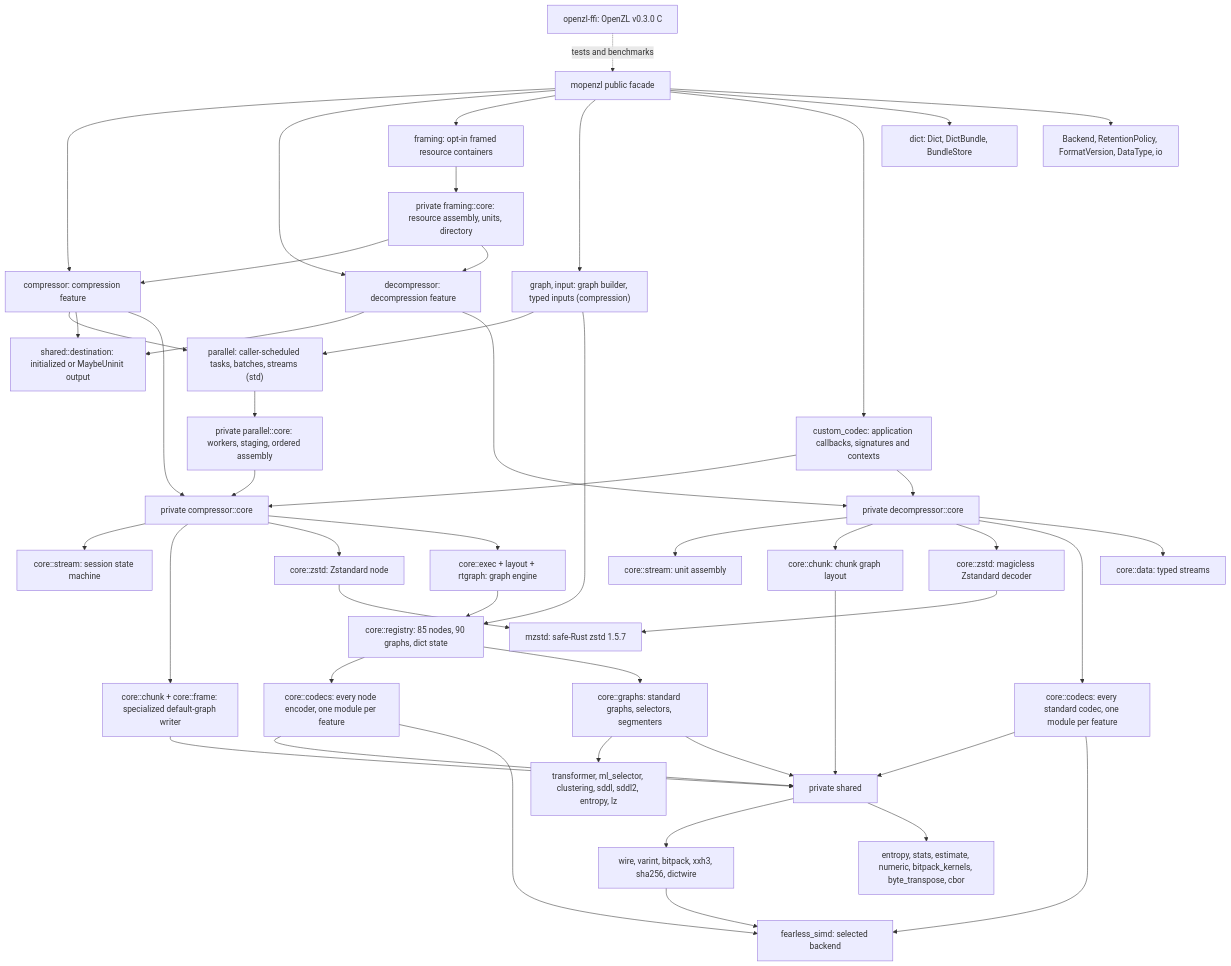
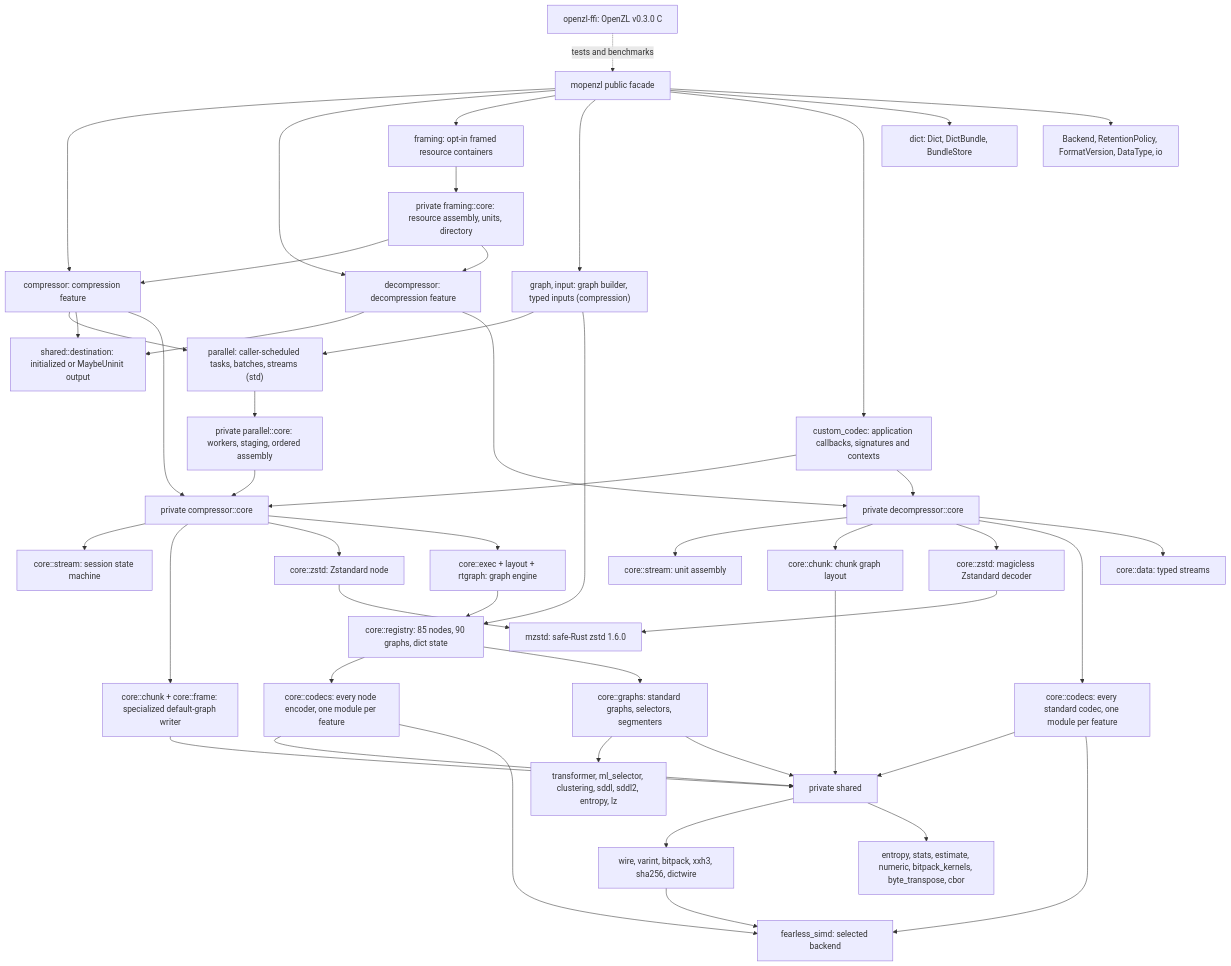
Before and after one commit to M-Compressors/mopenzl: the diagram in architecture/README.md, drawn with Mermaid. The commit also changed 18 other files, not shown here.

````diff
--- a/architecture/README.md
+++ b/architecture/README.md
@@ -29,50 +29,50 @@
 ```mermaid
 graph TD
     Root[mopenzl public facade] --> Encode[compressor: compression feature]
     Root --> Decode[decompressor: decompression feature]
     Root --> Framed["framing: opt-in framed resource containers"]
     Framed --> FCore["private framing::core: resource assembly, units, directory"]
     FCore --> Encode
     FCore --> Decode
     Root --> GraphApi["graph, input: graph builder, typed inputs (compression)"]
     Root --> Custom["custom_codec: application callbacks, signatures and contexts"]
     Custom --> ECore
     Custom --> DCore
     Root --> DictApi["dict: Dict, DictBundle, BundleStore"]
     Root --> Common[Backend, RetentionPolicy, FormatVersion, DataType, io]
     Encode --> Parallel["parallel: caller-scheduled tasks, batches, streams (std)"]
     GraphApi --> Parallel
     Parallel --> PCore[private parallel::core: workers, staging, ordered assembly]
     PCore --> ECore
     Encode --> Dest[shared::destination: initialized or MaybeUninit output]
     Decode --> Dest
     GraphApi --> Reg
     Encode --> ECore[private compressor::core]
     Decode --> DCore[private decompressor::core]
     ECore --> EStream[core::stream: session state machine]
     ECore --> EChunk[core::chunk + core::frame: specialized default-graph writer]
     ECore --> EZstd[core::zstd: Zstandard node]
     ECore --> EGraph[core::exec + layout + rtgraph: graph engine]
     EGraph --> Reg["core::registry: 85 nodes, 90 graphs, dict state"]
     Reg --> ECodecs["core::codecs: every node encoder, one module per feature"]
     Reg --> EGraphs["core::graphs: standard graphs, selectors, segmenters"]
     EGraphs --> Special["transformer, ml_selector, clustering, sddl, sddl2, entropy, lz"]
     DCore --> DStream[core::stream: unit assembly]
     DCore --> DChunk[core::chunk: chunk graph layout]
     DCore --> DZstd[core::zstd: magicless Zstandard decoder]
     DCore --> DCodecs[core::codecs: every standard codec, one module per feature]
     DCore --> DData[core::data: typed streams]
     EChunk --> Shared[private shared]
     ECodecs --> Shared
     EGraphs --> Shared
     DChunk --> Shared
     DCodecs --> Shared
     Shared --> Prims["wire, varint, bitpack, xxh3, sha256, dictwire"]
     Shared --> Algo["entropy, stats, estimate, numeric, bitpack_kernels, byte_transpose, cbor"]
     Prims --> SIMD[fearless_simd: selected backend]
     ECodecs --> SIMD
     DCodecs --> SIMD
-    EZstd --> Mzstd[mzstd: safe-Rust zstd 1.5.7]
+    EZstd --> Mzstd[mzstd: safe-Rust zstd 1.6.0]
     DZstd --> Mzstd
     C[openzl-ffi: OpenZL v0.3.0 C] -. tests and benchmarks .-> Root
 ```
````
